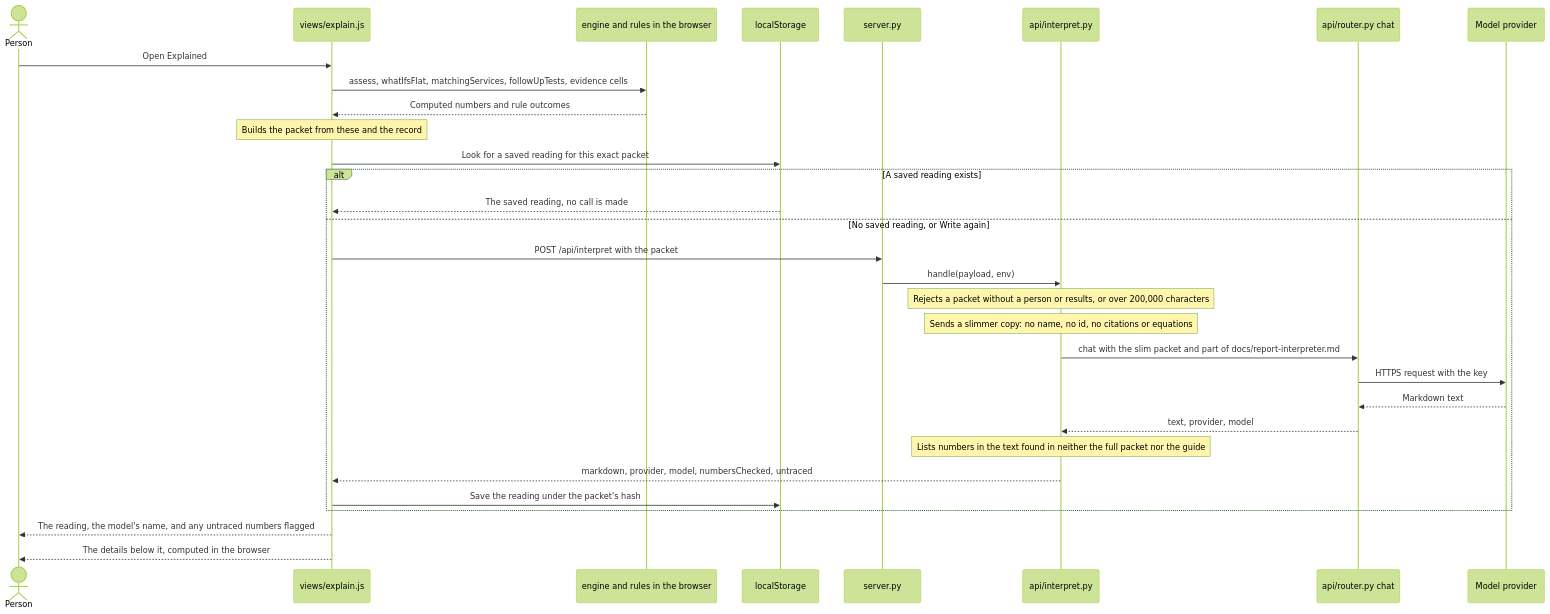
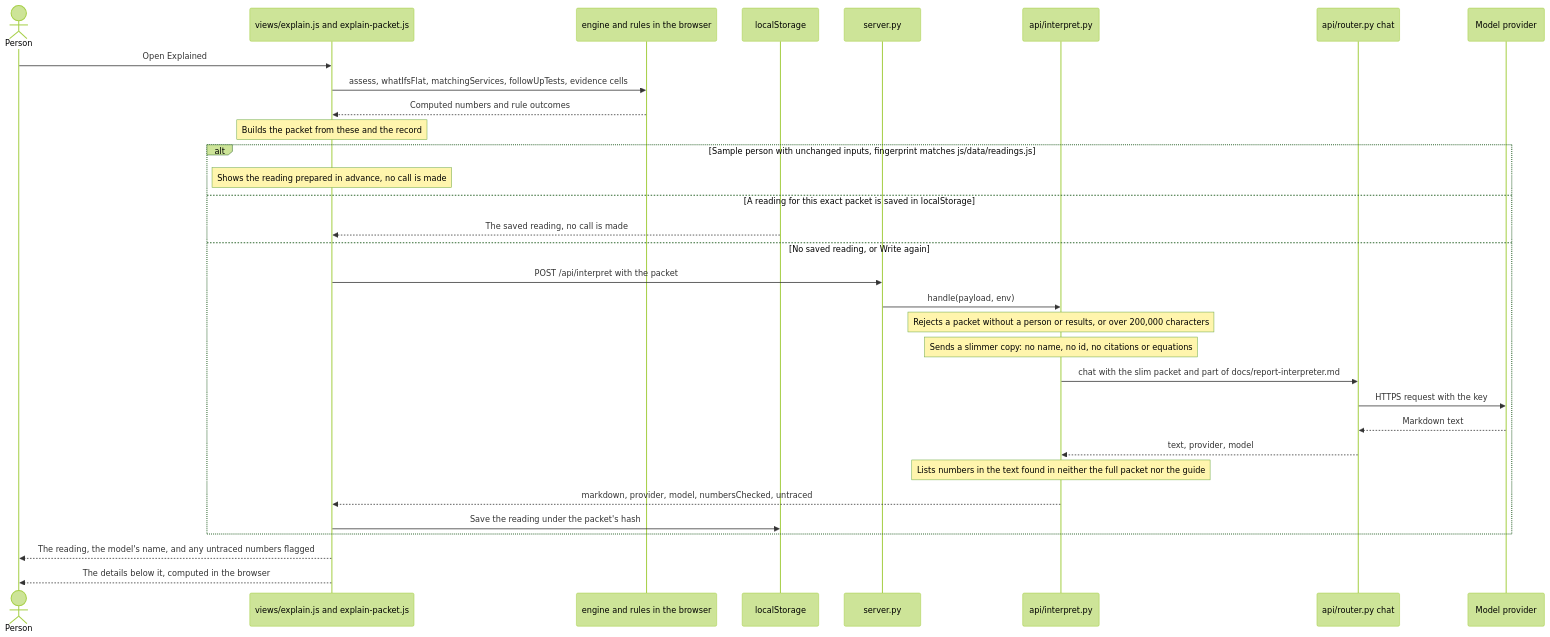
One commit to tingwei161803/unify-risk changed the seventh of 8 diagrams in docs/architecture.md. Above: the diagram before and after it, drawn with Mermaid (forest theme). The commit also changed other lines of this file and 1 other file, not shown here.

First line of the commit message:
Describe the prepared readings on the Explained page

````diff
--- a/docs/architecture.md
+++ b/docs/architecture.md
@@ -380,34 +385,35 @@
 ```mermaid
 sequenceDiagram
     actor Person
-    participant Page as views/explain.js
+    participant Page as views/explain.js and explain-packet.js
     participant Engine as engine and rules in the browser
     participant LS as localStorage
     participant Server as server.py
     participant Interpret as api/interpret.py
     participant Router as api/router.py chat
     participant Model as Model provider
 
     Person->>Page: Open Explained
     Page->>Engine: assess, whatIfsFlat, matchingServices, followUpTests, evidence cells
     Engine-->>Page: Computed numbers and rule outcomes
     Note over Page: Builds the packet from these and the record
-    Page->>LS: Look for a saved reading for this exact packet
-    alt A saved reading exists
+    alt Sample person with unchanged inputs, fingerprint matches js/data/readings.js
+        Note over Page: Shows the reading prepared in advance, no call is made
+    else A reading for this exact packet is saved in localStorage
         LS-->>Page: The saved reading, no call is made
     else No saved reading, or Write again
         Page->>Server: POST /api/interpret with the packet
         Server->>Interpret: handle(payload, env)
         Note over Interpret: Rejects a packet without a person or results, or over 200,000 characters
         Note over Interpret: Sends a slimmer copy: no name, no id, no citations or equations
         Interpret->>Router: chat with the slim packet and part of docs/report-interpreter.md
         Router->>Model: HTTPS request with the key
         Model-->>Router: Markdown text
         Router-->>Interpret: text, provider, model
         Note over Interpret: Lists numbers in the text found in neither the full packet nor the guide
         Interpret-->>Page: markdown, provider, model, numbersChecked, untraced
         Page->>LS: Save the reading under the packet's hash
     end
     Page-->>Person: The reading, the model's name, and any untraced numbers flagged
     Page-->>Person: The details below it, computed in the browser
 ```
````
